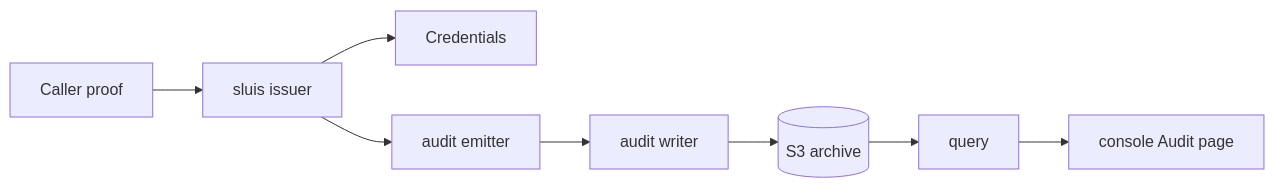
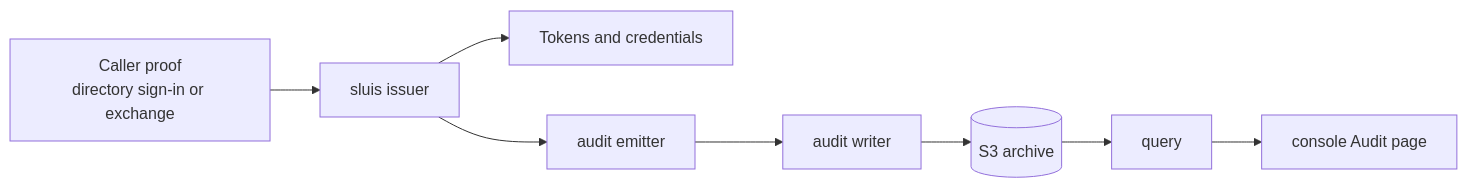
Before and after one commit to truvity/sluis: the diagram in docs/README.md, drawn with Mermaid. The commit also changed other lines of this file and 6 other files, not shown here.

````diff
--- a/docs/README.md
+++ b/docs/README.md
@@ -15,10 +15,10 @@
 ```mermaid
 flowchart LR
-  proof["Caller proof"] --> iss["sluis issuer"]
-  iss --> cred["Credentials"]
+  proof["Caller proof<br/>directory sign-in or exchange"] --> iss["sluis issuer"]
+  iss --> cred["Tokens and credentials"]
   iss --> em["audit emitter"]
   em --> wr["audit writer"]
   wr --> s3[("S3 archive")]
   s3 --> q["query"]
   q --> ui["console Audit page"]
 ```
````
